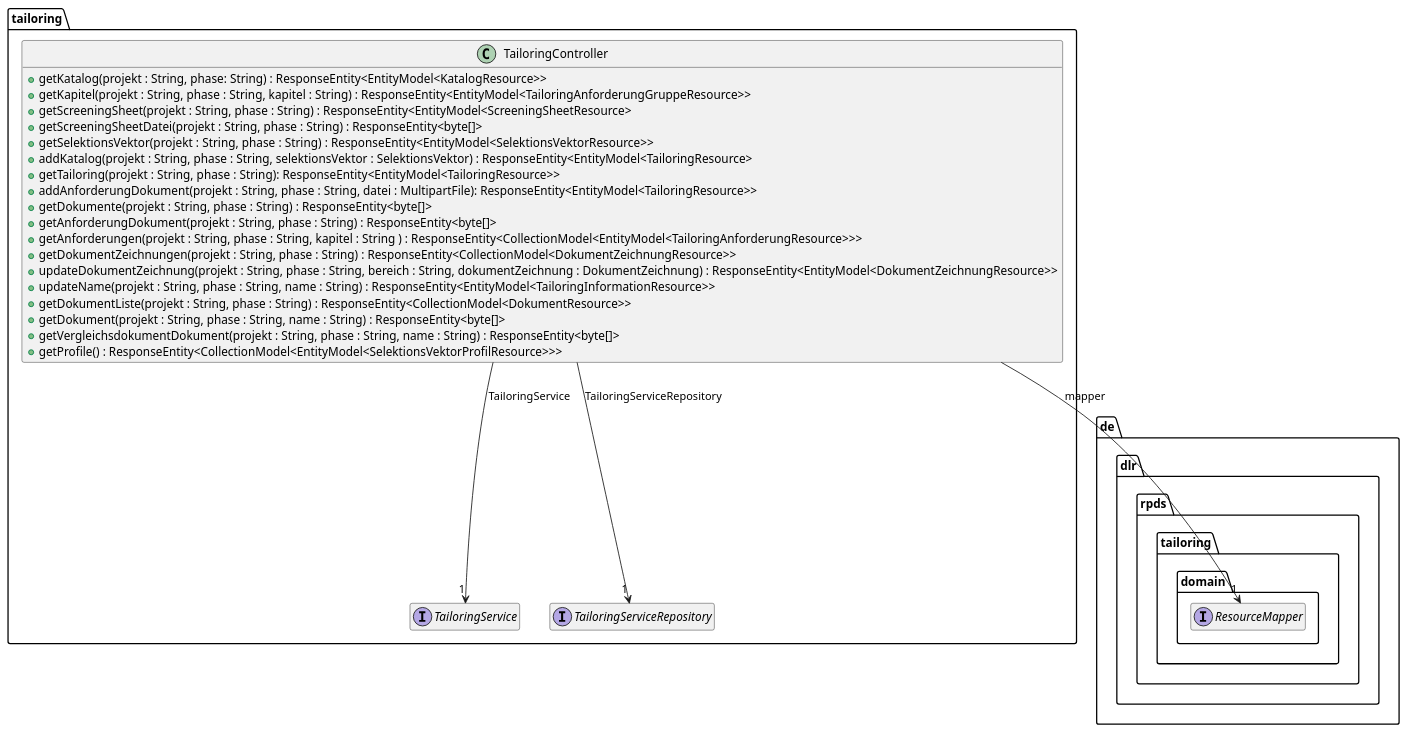
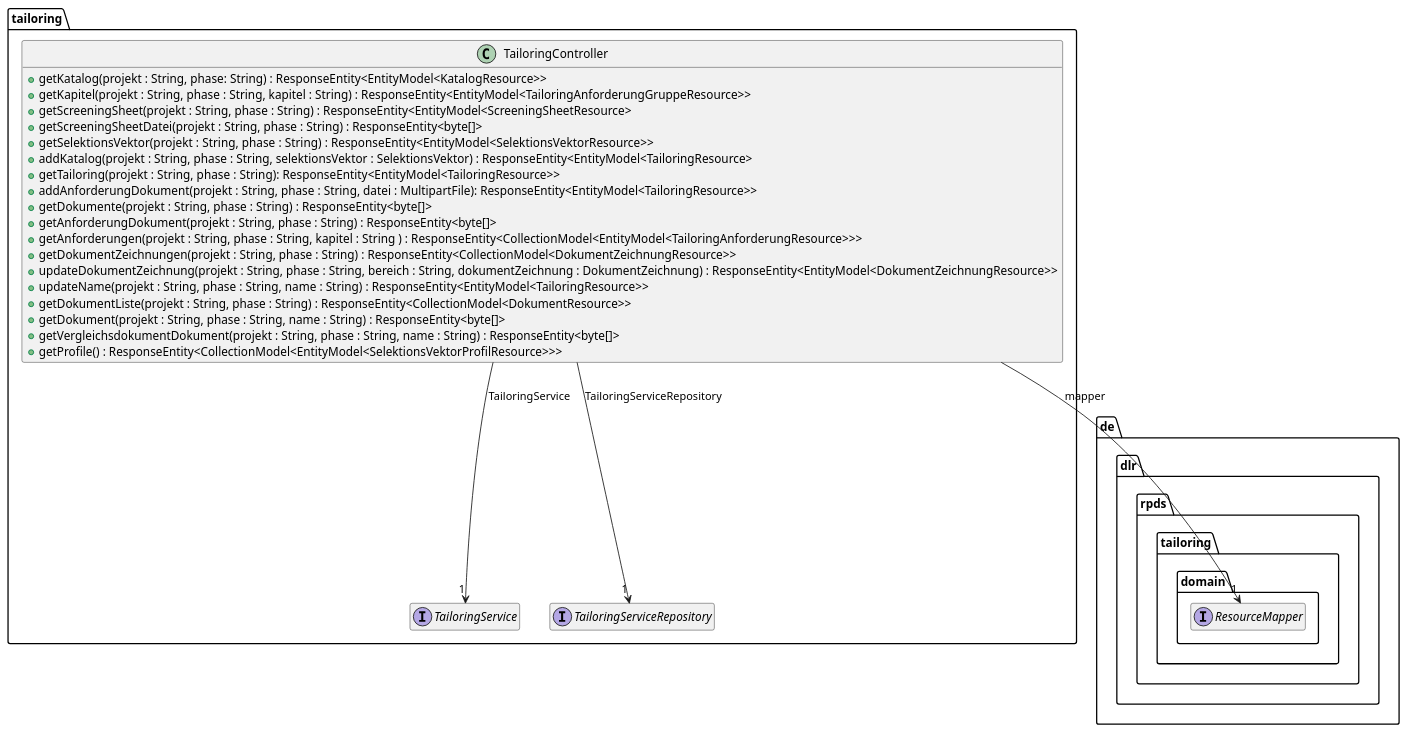
The diagram in src/site/arc42/plantuml/rest/tailoring/Ebene3.plantuml (tailoringexpert/platform), drawn with PlantUML before and after one commit. The commit also changed 24 other files, not shown here.

```diff
--- a/src/site/arc42/plantuml/rest/tailoring/Ebene3.plantuml
+++ b/src/site/arc42/plantuml/rest/tailoring/Ebene3.plantuml
@@ -1,46 +1,46 @@
 @startuml
 hide empty members
 
 package de.dlr.rpds.tailoring {
     package domain {
         interface ResourceMapper
     }
 }
 
 package tailoring {
 
 
     interface TailoringService {
     }
 
     interface TailoringServiceRepository {
     }
 
     class TailoringController {
         +getKatalog(projekt : String, phase: String) : ResponseEntity<EntityModel<KatalogResource>>
         +getKapitel(projekt : String, phase : String, kapitel : String) : ResponseEntity<EntityModel<TailoringAnforderungGruppeResource>>
         +getScreeningSheet(projekt : String, phase : String) : ResponseEntity<EntityModel<ScreeningSheetResource>
         +getScreeningSheetDatei(projekt : String, phase : String) : ResponseEntity<byte[]>
         +getSelektionsVektor(projekt : String, phase : String) :  ResponseEntity<EntityModel<SelektionsVektorResource>>
         +addKatalog(projekt : String, phase : String, selektionsVektor : SelektionsVektor) : ResponseEntity<EntityModel<TailoringResource>
         +getTailoring(projekt : String, phase : String): ResponseEntity<EntityModel<TailoringResource>>
         +addAnforderungDokument(projekt : String, phase : String, datei : MultipartFile): ResponseEntity<EntityModel<TailoringResource>>
         +getDokumente(projekt : String, phase : String) : ResponseEntity<byte[]>
         +getAnforderungDokument(projekt : String, phase : String) : ResponseEntity<byte[]>
         +getAnforderungen(projekt : String, phase : String, kapitel : String ) : ResponseEntity<CollectionModel<EntityModel<TailoringAnforderungResource>>>
         +getDokumentZeichnungen(projekt : String, phase : String) : ResponseEntity<CollectionModel<DokumentZeichnungResource>>
         +updateDokumentZeichnung(projekt : String, phase : String, bereich : String, dokumentZeichnung : DokumentZeichnung) : ResponseEntity<EntityModel<DokumentZeichnungResource>>
-        +updateName(projekt : String, phase : String, name : String) : ResponseEntity<EntityModel<TailoringInformationResource>>
+        +updateName(projekt : String, phase : String, name : String) : ResponseEntity<EntityModel<TailoringResource>>
         +getDokumentListe(projekt : String, phase : String) : ResponseEntity<CollectionModel<DokumentResource>>
         +getDokument(projekt : String, phase : String, name : String) : ResponseEntity<byte[]>
         +getVergleichsdokumentDokument(projekt : String, phase : String, name : String) : ResponseEntity<byte[]>
         +getProfile() : ResponseEntity<CollectionModel<EntityModel<SelektionsVektorProfilResource>>>
     }
 
 
     TailoringController --> "1" ResourceMapper : mapper
     TailoringController --> "1" TailoringService : TailoringService
     TailoringController --> "1" TailoringServiceRepository : TailoringServiceRepository
 
 }
 @enduml
```
